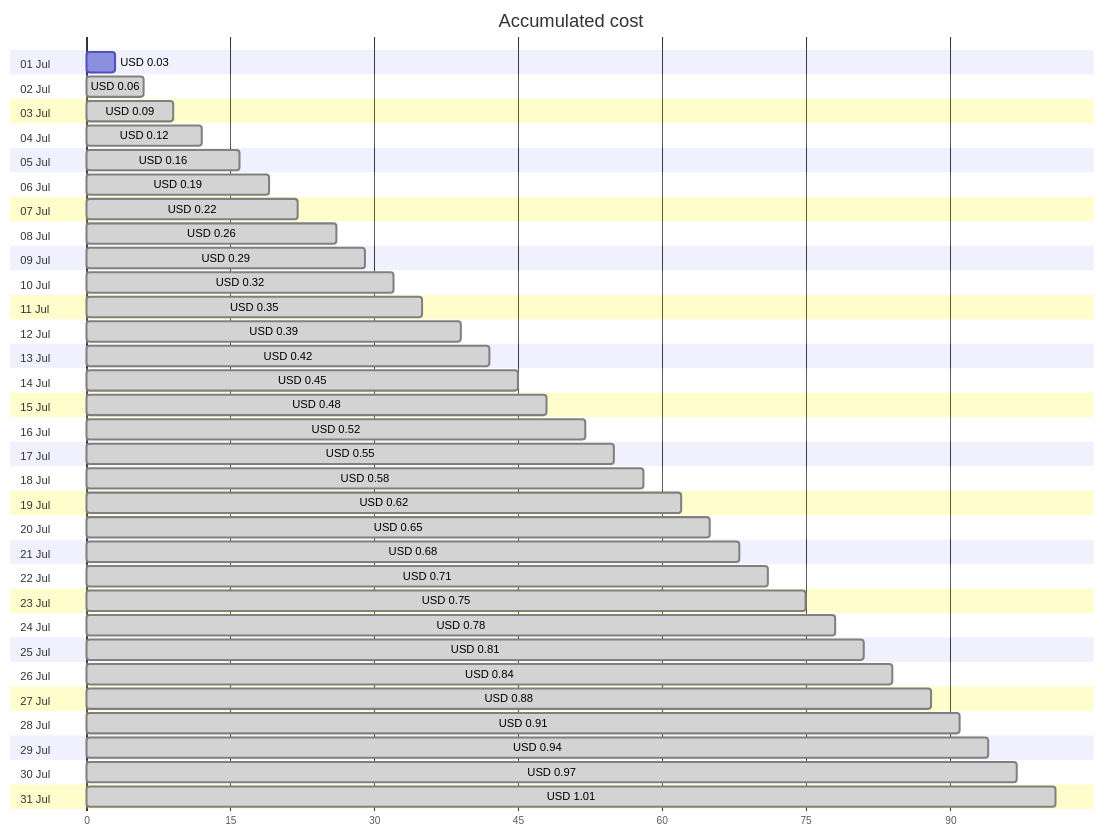
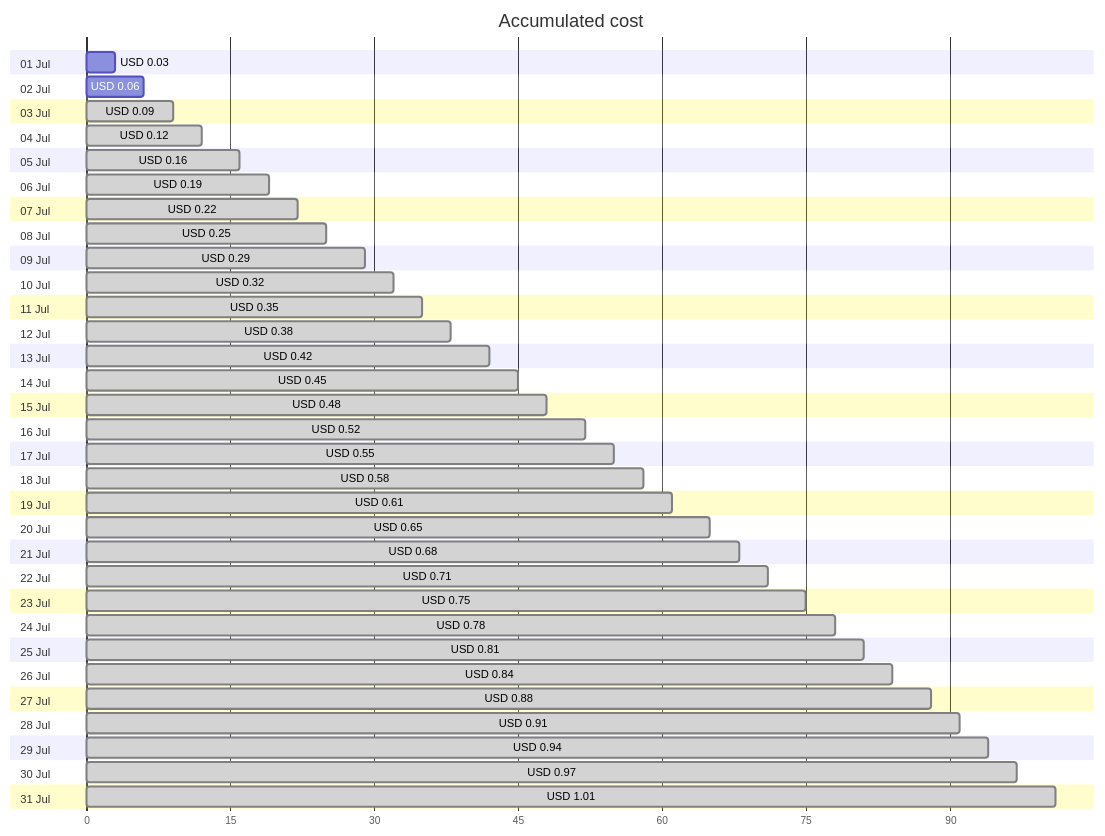
The first of 4 diagrams in cost-reports/personal-dns/README.md (jpfulton/azure-personal-reports), drawn with Mermaid before and after one commit. The commit also changed other lines of this file and 2 other files, not shown here.

````diff
--- a/cost-reports/personal-dns/README.md
+++ b/cost-reports/personal-dns/README.md
@@ -20,68 +20,68 @@
 ```mermaid
 gantt
    title Accumulated cost
    dateFormat  X
    axisFormat %s
    section 01 Jul
    USD 0.03 :0, 3
    section 02 Jul
-   USD 0.06 : done, 0, 6
+   USD 0.06 :0, 6
    section 03 Jul
    USD 0.09 : done, 0, 9
    section 04 Jul
    USD 0.12 : done, 0, 12
    section 05 Jul
    USD 0.16 : done, 0, 16
    section 06 Jul
    USD 0.19 : done, 0, 19
    section 07 Jul
    USD 0.22 : done, 0, 22
    section 08 Jul
-   USD 0.26 : done, 0, 26
+   USD 0.25 : done, 0, 25
    section 09 Jul
    USD 0.29 : done, 0, 29
    section 10 Jul
    USD 0.32 : done, 0, 32
    section 11 Jul
    USD 0.35 : done, 0, 35
    section 12 Jul
-   USD 0.39 : done, 0, 39
+   USD 0.38 : done, 0, 38
    section 13 Jul
    USD 0.42 : done, 0, 42
    section 14 Jul
    USD 0.45 : done, 0, 45
    section 15 Jul
    USD 0.48 : done, 0, 48
    section 16 Jul
    USD 0.52 : done, 0, 52
    section 17 Jul
    USD 0.55 : done, 0, 55
    section 18 Jul
    USD 0.58 : done, 0, 58
    section 19 Jul
-   USD 0.62 : done, 0, 62
+   USD 0.61 : done, 0, 61
    section 20 Jul
    USD 0.65 : done, 0, 65
    section 21 Jul
    USD 0.68 : done, 0, 68
    section 22 Jul
    USD 0.71 : done, 0, 71
    section 23 Jul
    USD 0.75 : done, 0, 75
    section 24 Jul
    USD 0.78 : done, 0, 78
    section 25 Jul
    USD 0.81 : done, 0, 81
    section 26 Jul
    USD 0.84 : done, 0, 84
    section 27 Jul
    USD 0.88 : done, 0, 88
    section 28 Jul
    USD 0.91 : done, 0, 91
    section 29 Jul
    USD 0.94 : done, 0, 94
    section 30 Jul
    USD 0.97 : done, 0, 97
    section 31 Jul
    USD 1.01 : done, 0, 101
 ```
````
